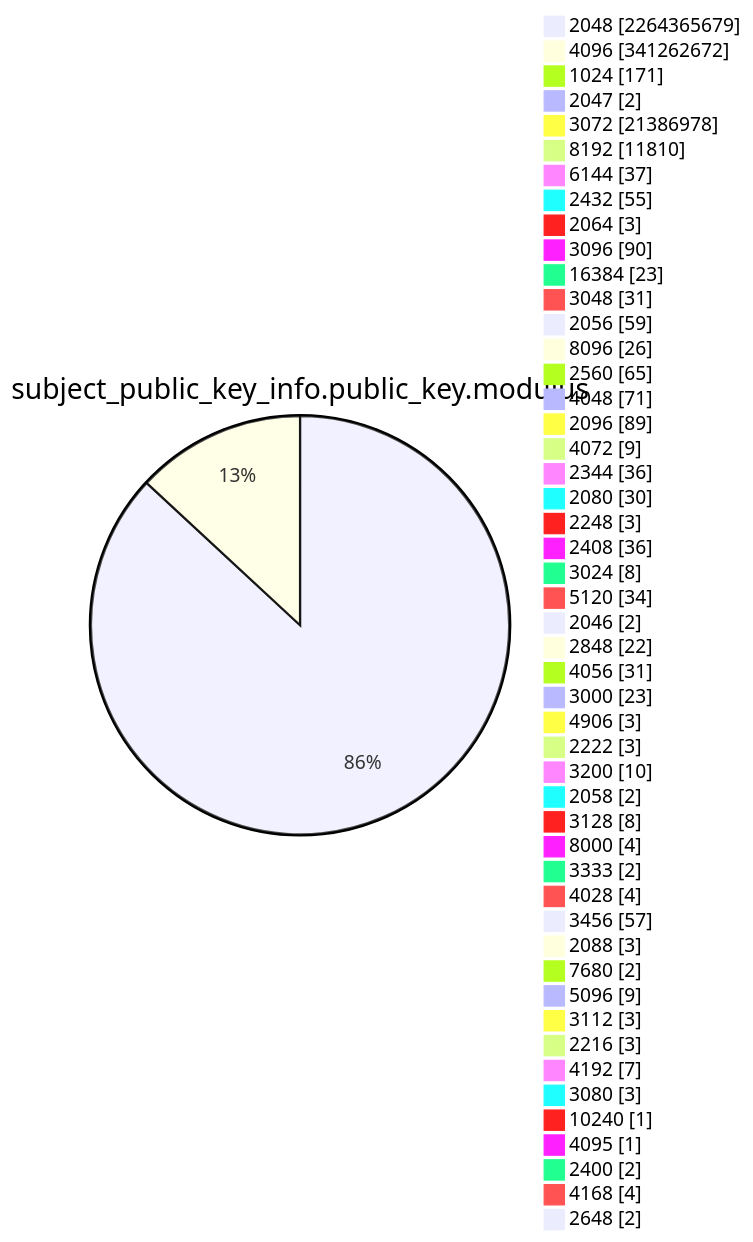
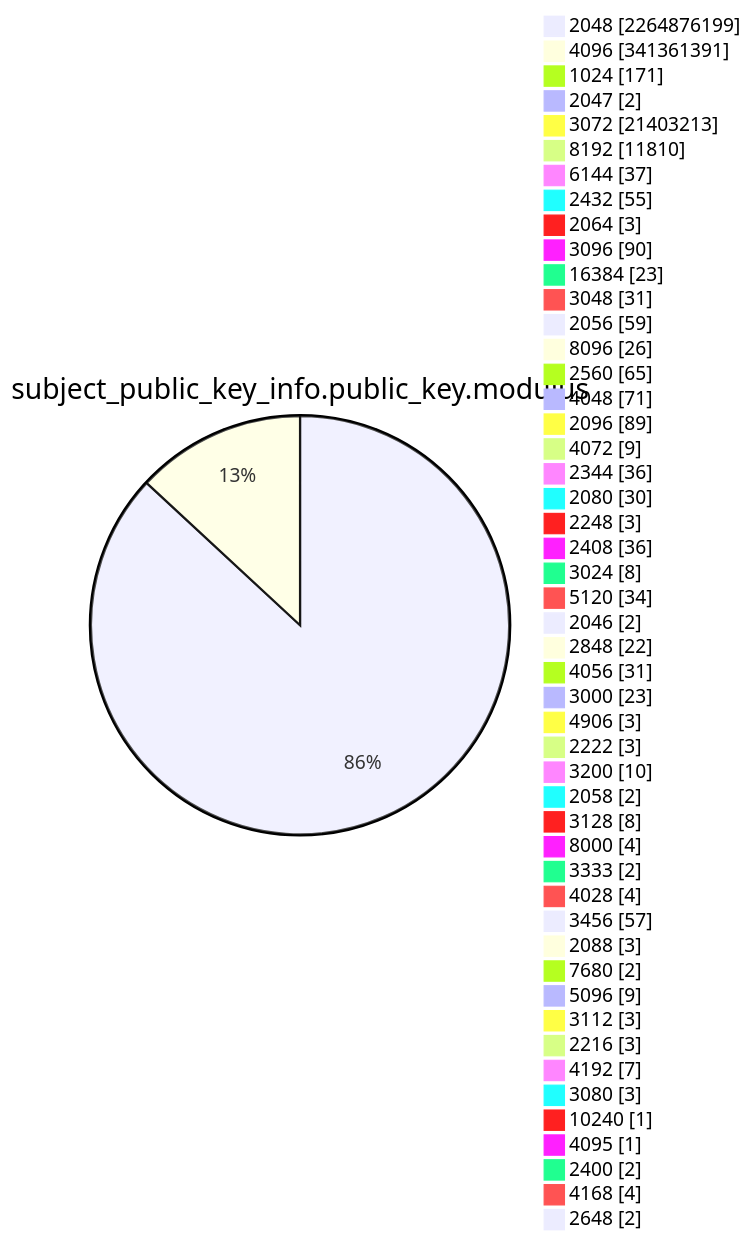
Before and after one commit to christiankrug/ctmonitor_visualization: diagram 13 of 15 in TOTAL/README.md, drawn with Mermaid. The commit also changed other lines of this file, not shown here.

````diff
--- a/TOTAL/README.md
+++ b/TOTAL/README.md
@@ -4167,53 +4167,53 @@
 ```mermaid
 pie showData
 title subject_public_key_info.public_key.modulus
-"2048" :2264365679
-"4096" :341262672
+"2048" :2264876199
+"4096" :341361391
 "1024" :171
 "2047" :2
-"3072" :21386978
+"3072" :21403213
 "8192" :11810
 "6144" :37
 "2432" :55
 "2064" :3
 "3096" :90
 "16384" :23
 "3048" :31
 "2056" :59
 "8096" :26
 "2560" :65
 "4048" :71
 "2096" :89
 "4072" :9
 "2344" :36
 "2080" :30
 "2248" :3
 "2408" :36
 "3024" :8
 "5120" :34
 "2046" :2
 "2848" :22
 "4056" :31
 "3000" :23
 "4906" :3
 "2222" :3
 "3200" :10
 "2058" :2
 "3128" :8
 "8000" :4
 "3333" :2
 "4028" :4
 "3456" :57
 "2088" :3
 "7680" :2
 "5096" :9
 "3112" :3
 "2216" :3
 "4192" :7
 "3080" :3
 "10240" :1
 "4095" :1
 "2400" :2
 "4168" :4
 "2648" :2
 ```
````
